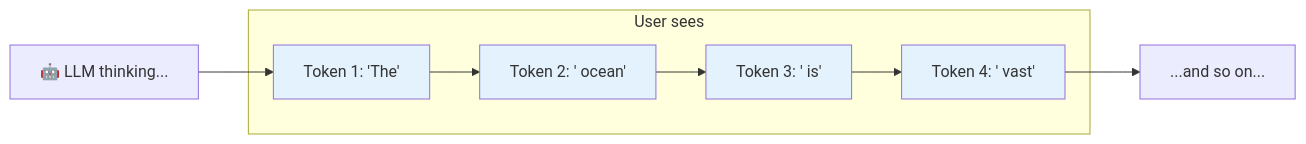
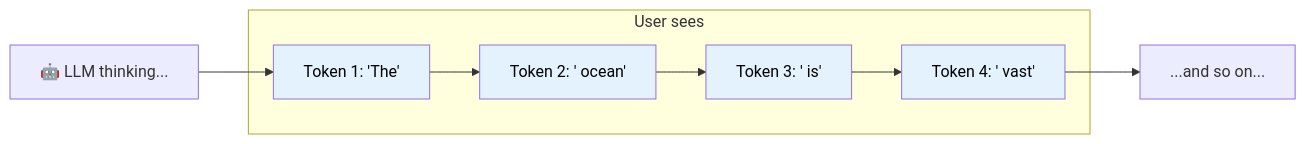
The third of 3 diagrams in 14_callbacks_streaming/README.md (remolaan/Agentic-AI-Cookbook), drawn with Mermaid before and after one commit. The commit also changed other lines of this file and 45 other files, not shown here.

Commit message:
Fix Mermaid diagram text colors for readability across all READMEs

````diff
--- a/14_callbacks_streaming/README.md
+++ b/14_callbacks_streaming/README.md
@@ -98,20 +98,20 @@
 ```mermaid
 flowchart LR
     C["🤖 LLM thinking..."] --> T1["Token 1: 'The'"]
     T1 --> T2["Token 2: ' ocean'"]
     T2 --> T3["Token 3: ' is'"]
     T3 --> T4["Token 4: ' vast'"]
     T4 --> T5["...and so on..."]
     
     subgraph "User sees"
         T1
         T2
         T3
         T4
     end
     
-    style T1 fill:#e3f2fd
-    style T2 fill:#e3f2fd
-    style T3 fill:#e3f2fd
-    style T4 fill:#e3f2fd
+    style T1 fill:#e3f2fd,color:#000000
+    style T2 fill:#e3f2fd,color:#000000
+    style T3 fill:#e3f2fd,color:#000000
+    style T4 fill:#e3f2fd,color:#000000
 ```
````
